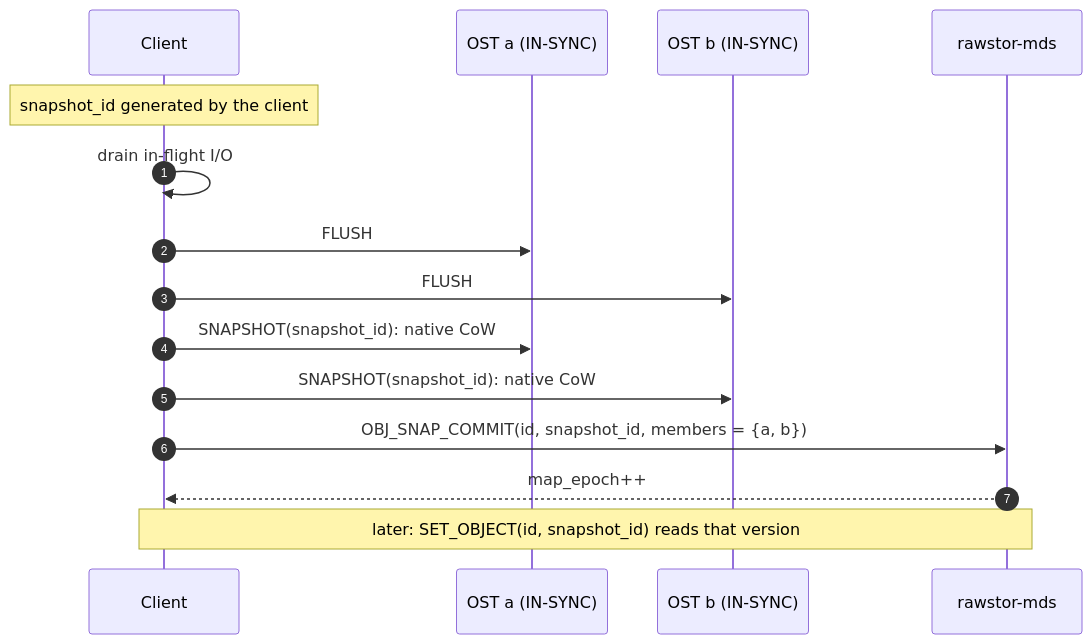
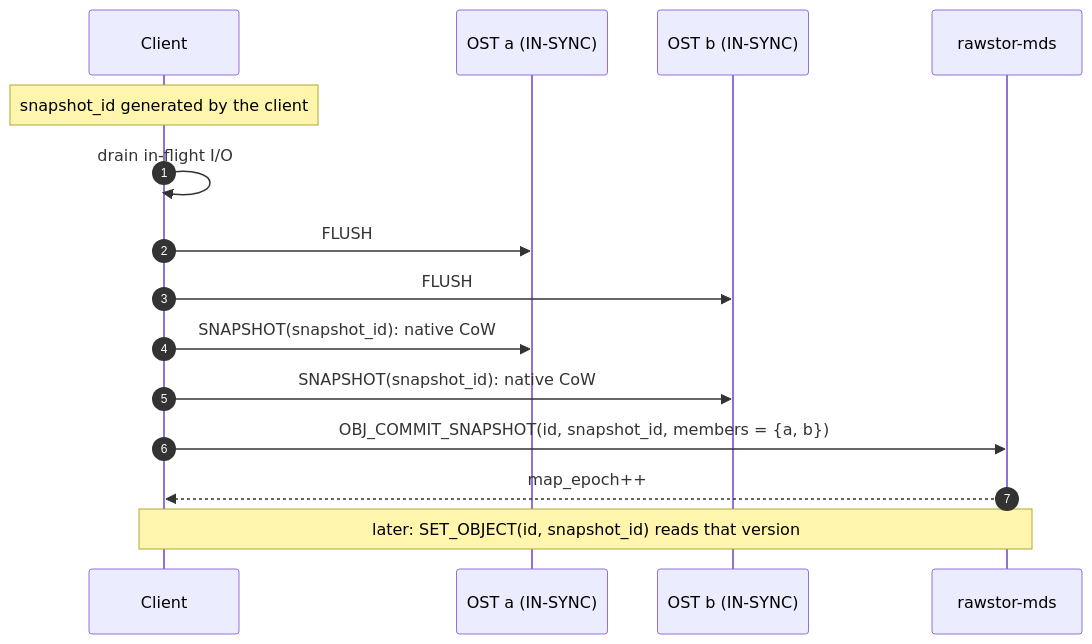
Before and after one commit to rawstor/librawstor: the seventh of 8 diagrams in docs/mds.md, drawn with Mermaid. The commit also changed other lines of this file and 38 other files, not shown here.

````diff
--- a/docs/mds.md
+++ b/docs/mds.md
@@ -702,17 +703,17 @@
 ```mermaid
 sequenceDiagram
     autonumber
     participant C as Client
     participant A as OST a (IN-SYNC)
     participant B as OST b (IN-SYNC)
     participant M as rawstor-mds
     Note over C: snapshot_id generated by the client
     C->>C: drain in-flight I/O
     C->>A: FLUSH
     C->>B: FLUSH
     C->>A: SNAPSHOT(snapshot_id): native CoW
     C->>B: SNAPSHOT(snapshot_id): native CoW
-    C->>M: OBJ_SNAP_COMMIT(id, snapshot_id, members = {a, b})
+    C->>M: OBJ_COMMIT_SNAPSHOT(id, snapshot_id, members = {a, b})
     M-->>C: map_epoch++
     Note over C,M: later: SET_OBJECT(id, snapshot_id) reads that version
 ```
````
